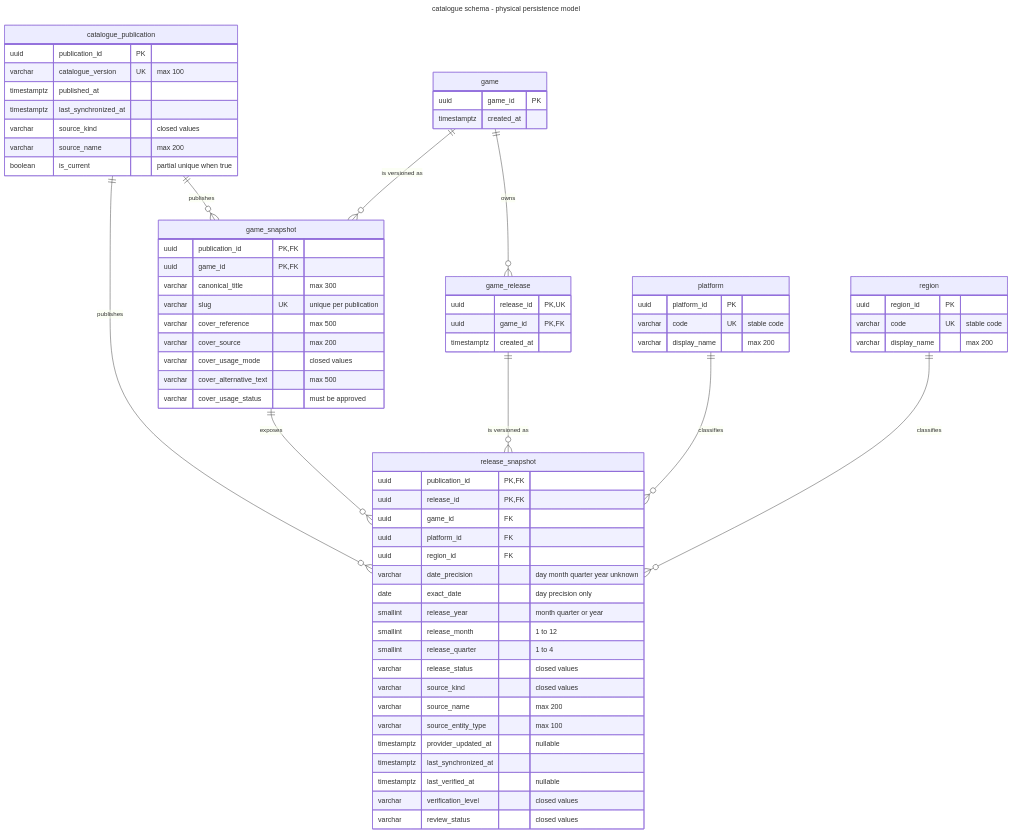
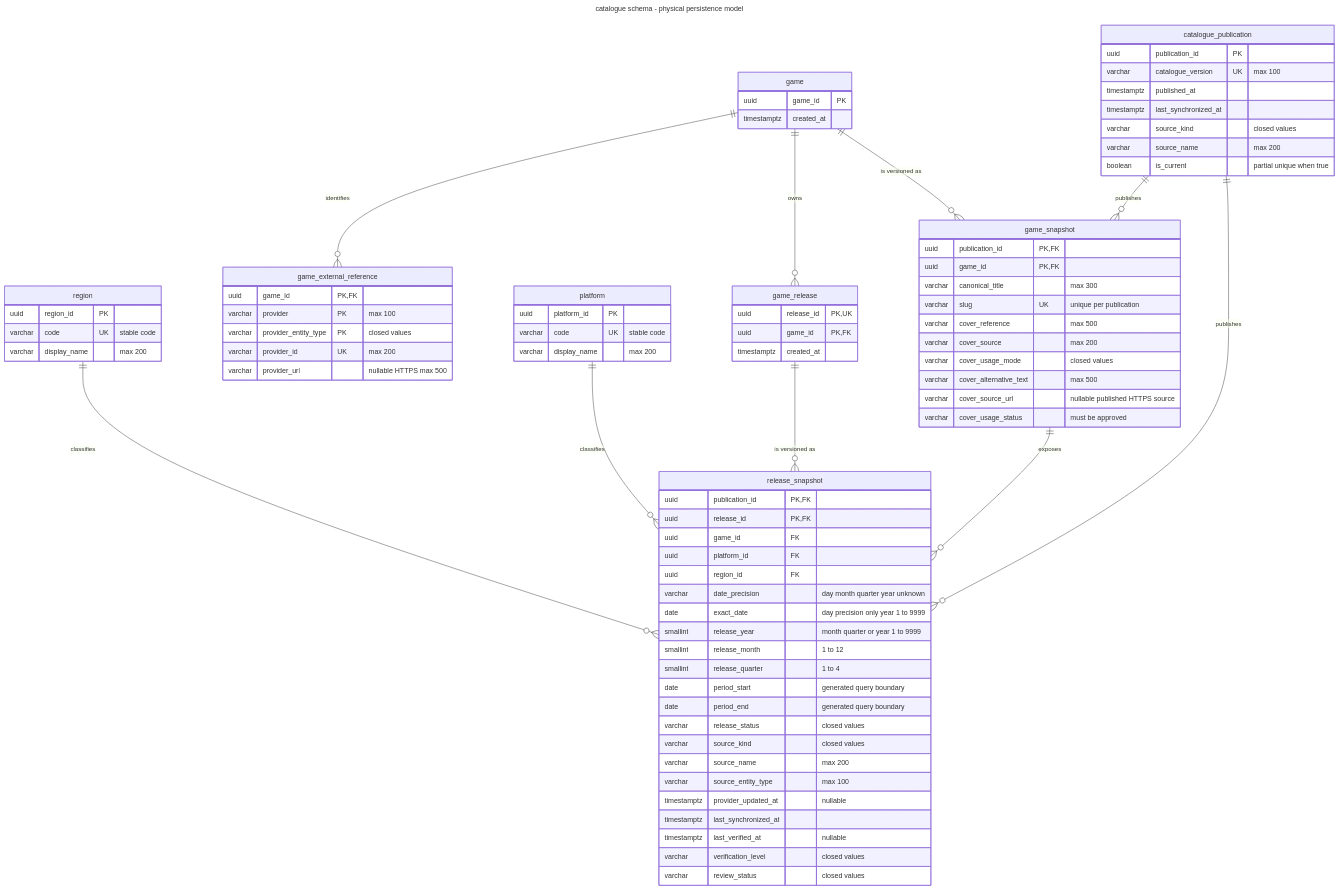
Before and after one commit to rubhern/videogame-platform: the diagram in docs/architecture/diagrams/mermaid/catalogue-persistence-model.mmd, drawn with Mermaid. The commit also changed 96 other files, not shown here.

```diff
--- a/docs/architecture/diagrams/mermaid/catalogue-persistence-model.mmd
+++ b/docs/architecture/diagrams/mermaid/catalogue-persistence-model.mmd
@@ -1,82 +1,94 @@
 ---
 title: catalogue schema - physical persistence model
 ---
 %% Physical communication view for the module-owned catalogue schema.
 %% Executable authority: backend/src/main/resources/db/migration/.
 %% Decision context: docs/development/database-migrations.md.
 erDiagram
     catalogue_publication ||--o{ game_snapshot : publishes
     game ||--o{ game_snapshot : "is versioned as"
+    game ||--o{ game_external_reference : identifies
     game ||--o{ game_release : owns
     catalogue_publication ||--o{ release_snapshot : publishes
     game_snapshot ||--o{ release_snapshot : exposes
     game_release ||--o{ release_snapshot : "is versioned as"
     platform ||--o{ release_snapshot : classifies
     region ||--o{ release_snapshot : classifies
 
     catalogue_publication {
         uuid publication_id PK
         varchar catalogue_version UK "max 100"
         timestamptz published_at
         timestamptz last_synchronized_at
         varchar source_kind "closed values"
         varchar source_name "max 200"
         boolean is_current "partial unique when true"
     }
 
     game {
         uuid game_id PK
         timestamptz created_at
     }
 
     game_snapshot {
         uuid publication_id PK,FK
         uuid game_id PK,FK
         varchar canonical_title "max 300"
         varchar slug UK "unique per publication"
         varchar cover_reference "max 500"
         varchar cover_source "max 200"
         varchar cover_usage_mode "closed values"
         varchar cover_alternative_text "max 500"
+        varchar cover_source_url "nullable published HTTPS source"
         varchar cover_usage_status "must be approved"
+    }
+
+    game_external_reference {
+        uuid game_id PK,FK
+        varchar provider PK "max 100"
+        varchar provider_entity_type PK "closed values"
+        varchar provider_id UK "max 200"
+        varchar provider_url "nullable HTTPS max 500"
     }
 
     platform {
         uuid platform_id PK
         varchar code UK "stable code"
         varchar display_name "max 200"
     }
 
     region {
         uuid region_id PK
         varchar code UK "stable code"
         varchar display_name "max 200"
     }
 
     game_release {
         uuid release_id PK,UK
         uuid game_id PK,FK
         timestamptz created_at
     }
 
     release_snapshot {
         uuid publication_id PK,FK
         uuid release_id PK,FK
         uuid game_id FK
         uuid platform_id FK
         uuid region_id FK
         varchar date_precision "day month quarter year unknown"
-        date exact_date "day precision only"
-        smallint release_year "month quarter or year"
+        date exact_date "day precision only year 1 to 9999"
+        smallint release_year "month quarter or year 1 to 9999"
         smallint release_month "1 to 12"
         smallint release_quarter "1 to 4"
+        date period_start "generated query boundary"
+        date period_end "generated query boundary"
         varchar release_status "closed values"
         varchar source_kind "closed values"
         varchar source_name "max 200"
         varchar source_entity_type "max 100"
         timestamptz provider_updated_at "nullable"
         timestamptz last_synchronized_at
         timestamptz last_verified_at "nullable"
         varchar verification_level "closed values"
         varchar review_status "closed values"
     }
```
